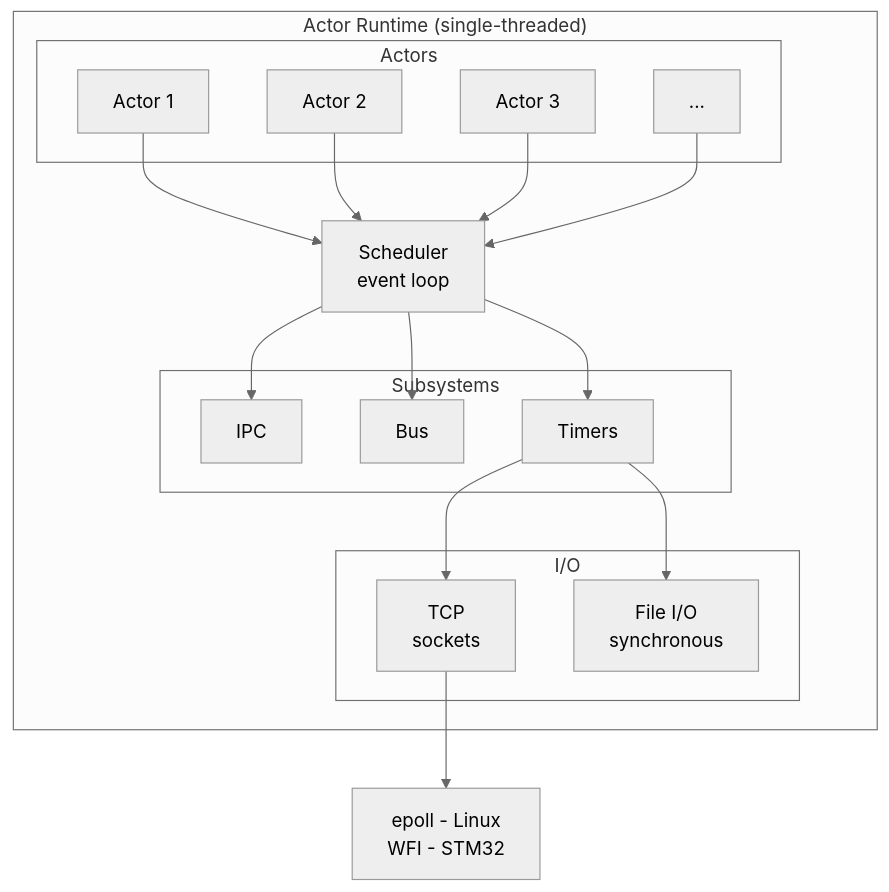
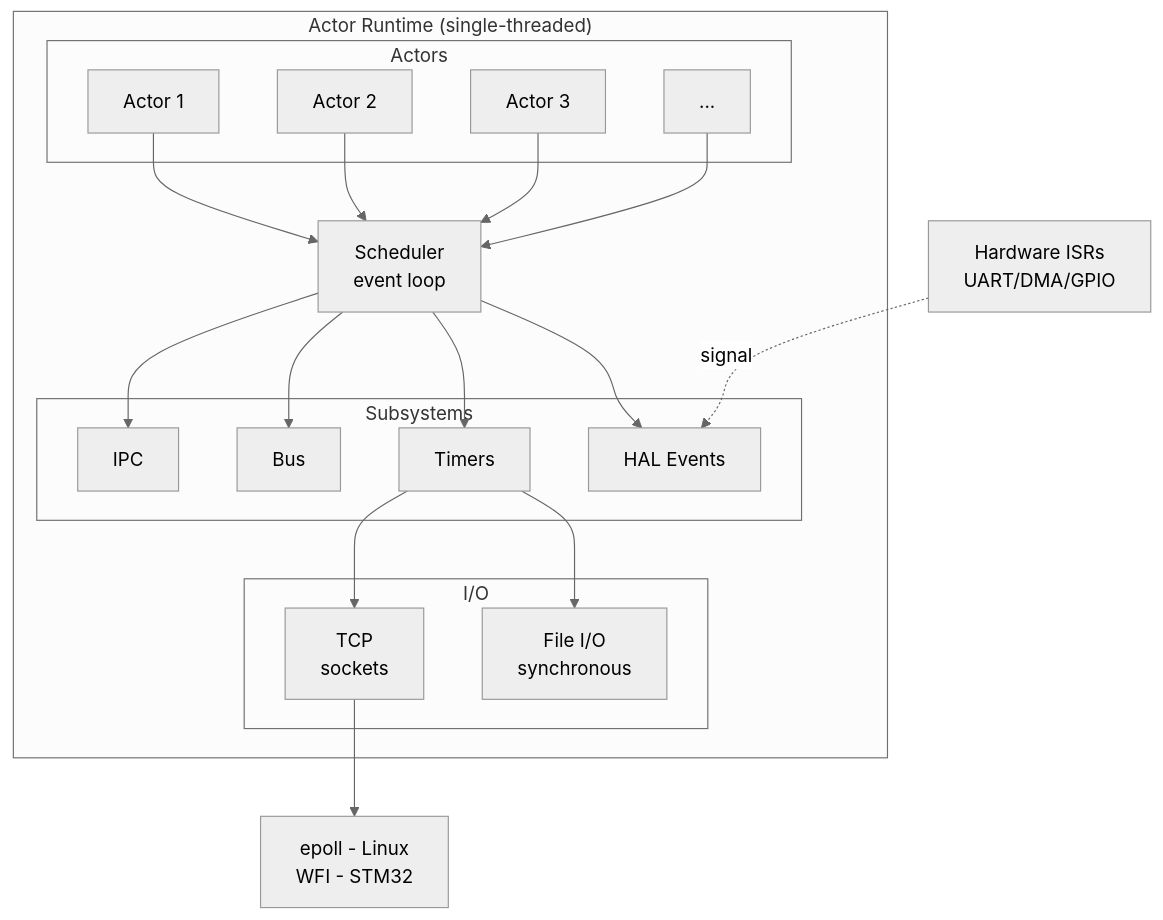
Before and after one commit to joagre/hive: the diagram in docs/spec/design.md, drawn with Mermaid (neutral theme). The commit also changed other lines of this file and 35 other files, not shown here.

````diff
--- a/docs/spec/design.md
+++ b/docs/spec/design.md
@@ -277,33 +277,36 @@
 ```mermaid
 graph TB
     subgraph RUNTIME["Actor Runtime (single-threaded)"]
         subgraph ACTORS["Actors"]
             A1[Actor 1]
             A2[Actor 2]
             A3[Actor 3]
             AN[...]
         end
 
         SCHED[Scheduler<br/>event loop]
 
         A1 & A2 & A3 & AN --> SCHED
 
         subgraph SUBSYSTEMS["Subsystems"]
             IPC[IPC]
             BUS[Bus]
             TIMERS[Timers]
+            HALEVT[HAL Events]
         end
 
-        SCHED --> IPC & BUS & TIMERS
+        SCHED --> IPC & BUS & TIMERS & HALEVT
 
         subgraph IO["I/O"]
             NET[TCP<br/>sockets]
             FILE[File I/O<br/>synchronous]
         end
 
         TIMERS --> NET & FILE
     end
 
     PLATFORM[epoll - Linux<br/>WFI - STM32]
+    ISR[Hardware ISRs<br/>UART/DMA/GPIO]
     NET --> PLATFORM
+    ISR -.->|signal| HALEVT
 ```
````
